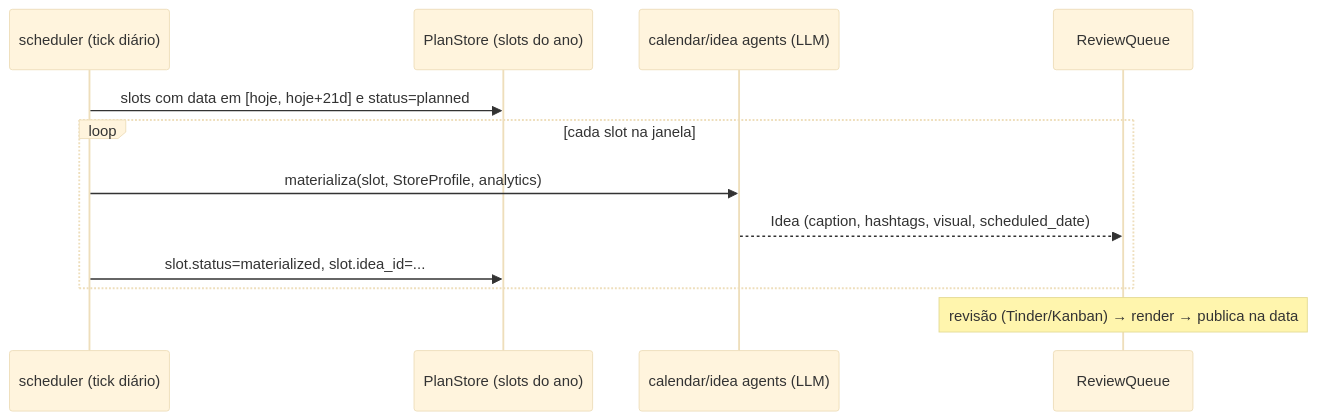
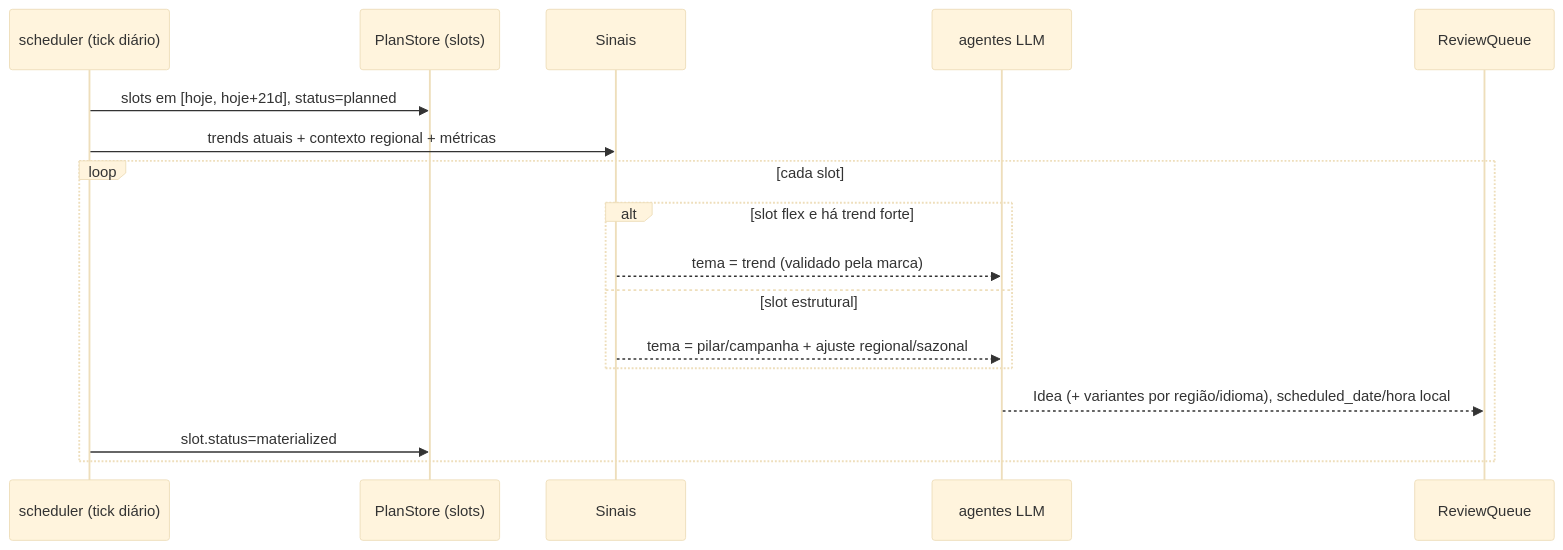
The second of 3 diagrams in docs/planejamento/arquitetura-planejamento-anual.md (stpedr/neocoisas), drawn with Mermaid (base theme) before and after one commit. The commit also changed other lines of this file, not shown here.

First line of the commit message:
docs: arquitetura anual com regionalização, trends e sinais dinâmicos

````diff
--- a/docs/planejamento/arquitetura-planejamento-anual.md
+++ b/docs/planejamento/arquitetura-planejamento-anual.md
@@ -85,14 +64,19 @@
 ```mermaid
 sequenceDiagram
     participant Sched as scheduler (tick diário)
-    participant Plan as PlanStore (slots do ano)
-    participant Gen as calendar/idea agents (LLM)
+    participant Plan as PlanStore (slots)
+    participant Sig as Sinais
+    participant Gen as agentes LLM
     participant Q as ReviewQueue
-    Sched->>Plan: slots com data em [hoje, hoje+21d] e status=planned
-    loop cada slot na janela
-        Sched->>Gen: materializa(slot, StoreProfile, analytics)
-        Gen-->>Q: Idea (caption, hashtags, visual, scheduled_date)
-        Sched->>Plan: slot.status=materialized, slot.idea_id=...
+    Sched->>Plan: slots em [hoje, hoje+21d], status=planned
+    Sched->>Sig: trends atuais + contexto regional + métricas
+    loop cada slot
+        alt slot flex e há trend forte
+            Sig-->>Gen: tema = trend (validado pela marca)
+        else slot estrutural
+            Sig-->>Gen: tema = pilar/campanha + ajuste regional/sazonal
+        end
+        Gen-->>Q: Idea (+ variantes por região/idioma), scheduled_date/hora local
+        Sched->>Plan: slot.status=materialized
     end
-    Note over Q: revisão (Tinder/Kanban) → render → publica na data
 ```
````
